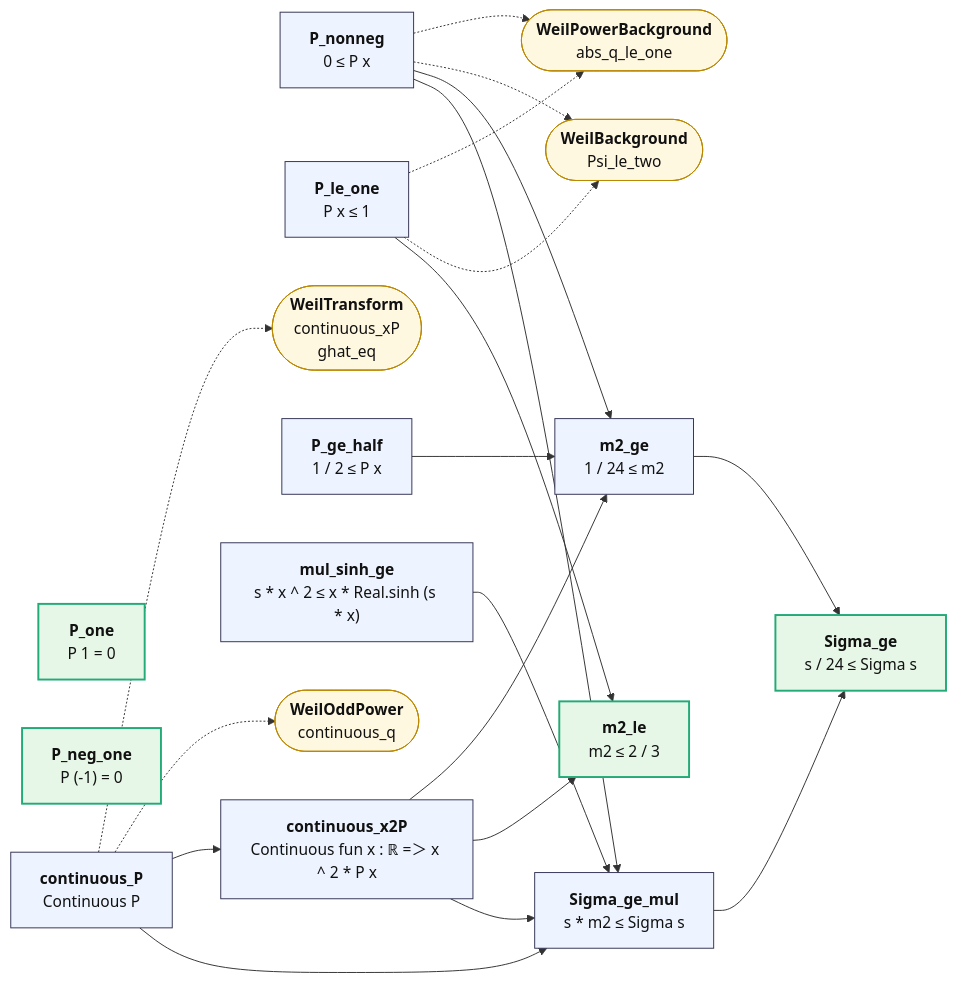
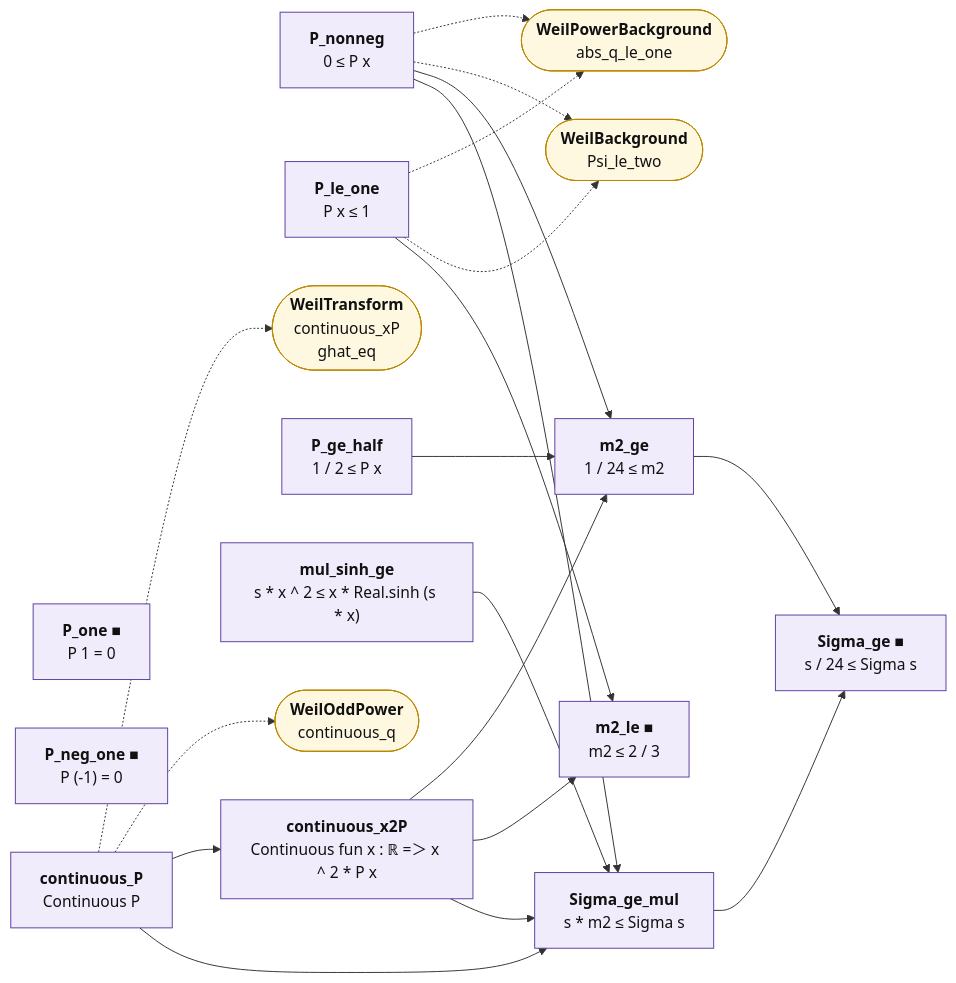
The diagram in map/lean_stage3/WeilWindow.md (juliansambranojr/Primebeat_081426), drawn with Mermaid before and after one commit. The commit also changed other lines of this file and 398 other files, not shown here.

````diff
--- a/map/lean_stage3/WeilWindow.md
+++ b/map/lean_stage3/WeilWindow.md
@@ -12,42 +12,45 @@
 ```mermaid
 flowchart LR
-  n0["<b>P_nonneg</b><br/>0 ≤ P x"]:::thm
-  n1["<b>P_le_one</b><br/>P x ≤ 1"]:::thm
-  n2["<b>P_one</b><br/>P 1 = 0"]:::end_
-  n3["<b>P_neg_one</b><br/>P (-1) = 0"]:::end_
-  n4["<b>continuous_P</b><br/>Continuous P"]:::thm
-  n5["<b>continuous_x2P</b><br/>Continuous fun x : ℝ =＞ x ^ 2 * P x"]:::thm
-  n6["<b>P_ge_half</b><br/>1 / 2 ≤ P x"]:::thm
-  n7["<b>m2_le</b><br/>m2 ≤ 2 / 3"]:::end_
-  n8["<b>m2_ge</b><br/>1 / 24 ≤ m2"]:::thm
-  n9["<b>mul_sinh_ge</b><br/>s * x ^ 2 ≤ x * Real.sinh (s * x)"]:::thm
-  n10["<b>Sigma_ge_mul</b><br/>s * m2 ≤ Sigma s"]:::thm
-  n11["<b>Sigma_ge</b><br/>s / 24 ≤ Sigma s"]:::end_
+  n0["<b>P_nonneg</b><br/>0 ≤ P x"]:::shp
+  n1["<b>P_le_one</b><br/>P x ≤ 1"]:::shp
+  n2["<b>P_one ■</b><br/>P 1 = 0"]:::shp
+  n3["<b>P_neg_one ■</b><br/>P (-1) = 0"]:::shp
+  n4["<b>continuous_P</b><br/>Continuous P"]:::shp
+  n5["<b>continuous_x2P</b><br/>Continuous fun x : ℝ =＞ x ^ 2 * P x"]:::shp
+  n6["<b>P_ge_half</b><br/>1 / 2 ≤ P x"]:::shp
+  n7["<b>m2_le ■</b><br/>m2 ≤ 2 / 3"]:::shp
+  n8["<b>m2_ge</b><br/>1 / 24 ≤ m2"]:::shp
+  n9["<b>mul_sinh_ge</b><br/>s * x ^ 2 ≤ x * Real.sinh (s * x)"]:::shp
+  n10["<b>Sigma_ge_mul</b><br/>s * m2 ≤ Sigma s"]:::shp
+  n11["<b>Sigma_ge ■</b><br/>s / 24 ≤ Sigma s"]:::shp
   x0(["<b>WeilBackground</b><br/>Psi_le_two"]):::ext
   x1(["<b>WeilPowerBackground</b><br/>abs_q_le_one"]):::ext
   x2(["<b>WeilOddPower</b><br/>continuous_q"]):::ext
   x3(["<b>WeilTransform</b><br/>continuous_xP<br/>ghat_eq"]):::ext
   n0 --> n10
   n0 --> n8
   n1 --> n7
   n10 --> n11
   n4 --> n10
   n4 --> n5
   n5 --> n10
   n5 --> n7
   n5 --> n8
   n6 --> n8
   n8 --> n11
   n9 --> n10
   n0 -.-> x0
   n0 -.-> x1
   n1 -.-> x0
   n1 -.-> x1
   n4 -.-> x2
   n4 -.-> x3
+  classDef cnt fill:#dff5ec,stroke:#17694a,color:#111
+  classDef shp fill:#f1ecfb,stroke:#5b3fa0,color:#111
+  classDef rh fill:#ffe5e5,stroke:#c22,color:#111,stroke-width:2px
   classDef thm fill:#eef4ff,stroke:#335,color:#111
   classDef end_ fill:#e7f7e7,stroke:#2a7,color:#111,stroke-width:2px
   classDef lone fill:#fff,stroke:#999,color:#111,stroke-dasharray:4 3
   classDef bad fill:#ffe5e5,stroke:#c22,color:#111,stroke-width:2px
   classDef ext fill:#fff8e1,stroke:#b80,color:#111
 ```
````
